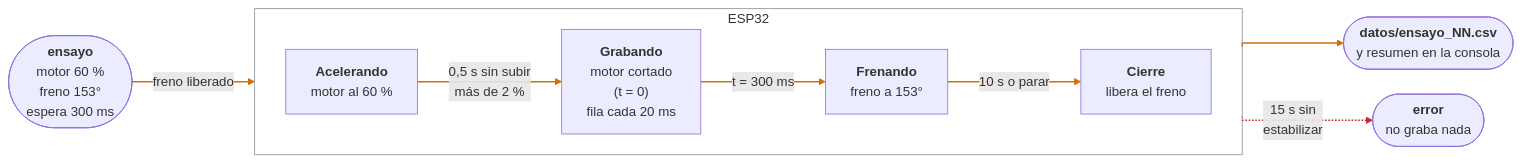
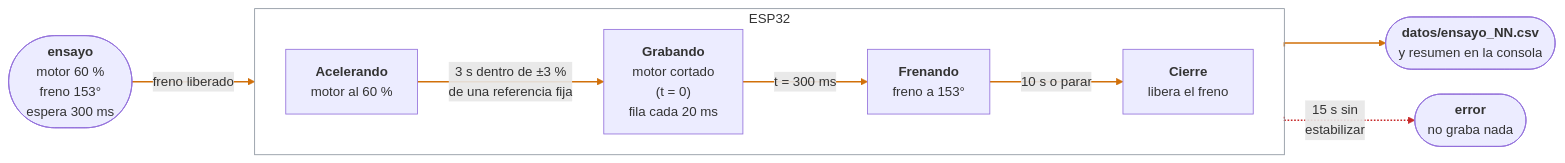
Before and after one commit to TamaraCM06/tcajiao_asm_2026_s2: the second of 2 diagrams in proyecto_2_grupal/docs/03_flujo.md, drawn with Mermaid. The commit also changed other lines of this file and 3 other files, not shown here.

````diff
--- a/proyecto_2_grupal/docs/03_flujo.md
+++ b/proyecto_2_grupal/docs/03_flujo.md
@@ -80,27 +84,27 @@
-```mermaid
+~~~mermaid
 %%{init: {"flowchart": {"curve": "stepBefore", "nodeSpacing": 30, "rankSpacing": 50}}}%%
 flowchart LR
     orden(["<b>ensayo</b><br/>motor 60 %<br/>freno 153°<br/>espera 300 ms"])
 
     subgraph esp["ESP32"]
         direction LR
         acel["<b>Acelerando</b><br/>motor al 60 %"]
         grab["<b>Grabando</b><br/>motor cortado<br/>(t = 0)<br/>fila cada 20 ms"]
         fren["<b>Frenando</b><br/>freno a 153°"]
         cierre["<b>Cierre</b><br/>libera el freno"]
     end
 
     csv(["<b>datos/ensayo_NN.csv</b><br/>y resumen en la consola"])
     error(["<b>error</b><br/>no graba nada"])
 
     orden -->|"freno liberado"| acel
-    acel -->|"0,5 s sin subir<br/>más de 2 %"| grab
+    acel -->|"3 s dentro de ±3 %<br/>de una referencia fija"| grab
     grab -->|"t = 300 ms"| fren
     fren -->|"10 s o parar"| cierre
     cierre --> csv
     acel -.->|"15 s sin<br/>estabilizar"| error
 
     linkStyle 0,1,2,3,4 stroke:#d1700a,stroke-width:1.8px
     linkStyle 5 stroke:#c62828,stroke-width:1.6px
     style esp fill:none,stroke:#8b949e,stroke-width:1px
-```
+~~~
````
